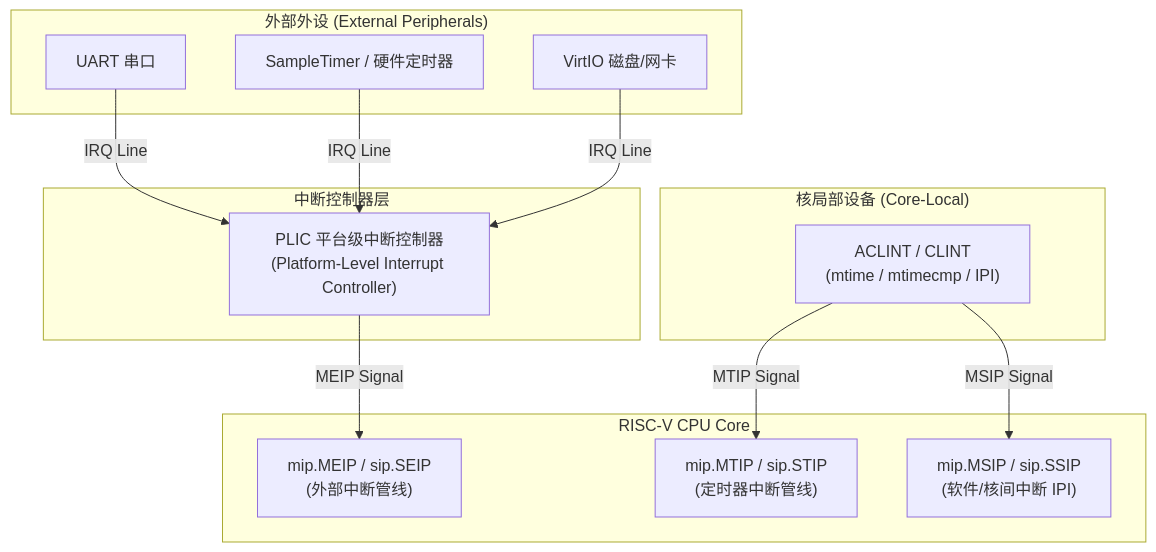
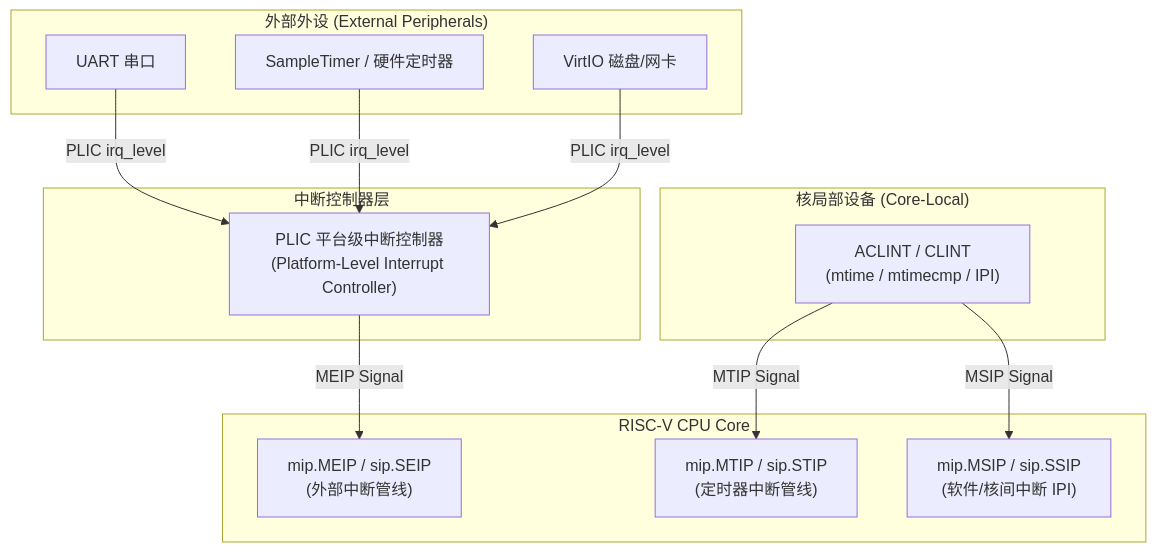
Before and after one commit to HEU-Direct-PhD-Program-in-CS/HEU-Direct-PhD-Program-in-CS.github.io: the first of 7 diagrams in content/projects/emu-exp-2026/Ch5.md, drawn with Mermaid. The commit also changed other lines of this file and 6 other files, not shown here.

````diff
--- a/content/projects/emu-exp-2026/Ch5.md
+++ b/content/projects/emu-exp-2026/Ch5.md
@@ -31,30 +31,30 @@
 ```mermaid
 flowchart TD
     subgraph ExternalDevices["外部外设 (External Peripherals)"]
         UART["UART 串口"]
         TimerDev["SampleTimer / 硬件定时器"]
         VirtIO["VirtIO 磁盘/网卡"]
     end
 
     subgraph CoreLocal["核局部设备 (Core-Local)"]
         ACLINT["ACLINT / CLINT<br/>(mtime / mtimecmp / IPI)"]
     end
 
     subgraph InterruptControllers["中断控制器层"]
         PLIC["PLIC 平台级中断控制器<br/>(Platform-Level Interrupt Controller)"]
     end
 
     subgraph CPUCore["RISC-V CPU Core"]
         MEIP["mip.MEIP / sip.SEIP<br/>(外部中断管线)"]
         MTIP["mip.MTIP / sip.STIP<br/>(定时器中断管线)"]
         MSIP["mip.MSIP / sip.SSIP<br/>(软件/核间中断 IPI)"]
     end
 
-    UART -->|IRQ Line| PLIC
-    TimerDev -->|IRQ Line| PLIC
-    VirtIO -->|IRQ Line| PLIC
+    UART -->|PLIC irq_level| PLIC
+    TimerDev -->|PLIC irq_level| PLIC
+    VirtIO -->|PLIC irq_level| PLIC
 
     PLIC -->|MEIP Signal| MEIP
     ACLINT -->|MTIP Signal| MTIP
     ACLINT -->|MSIP Signal| MSIP
 ```
````
